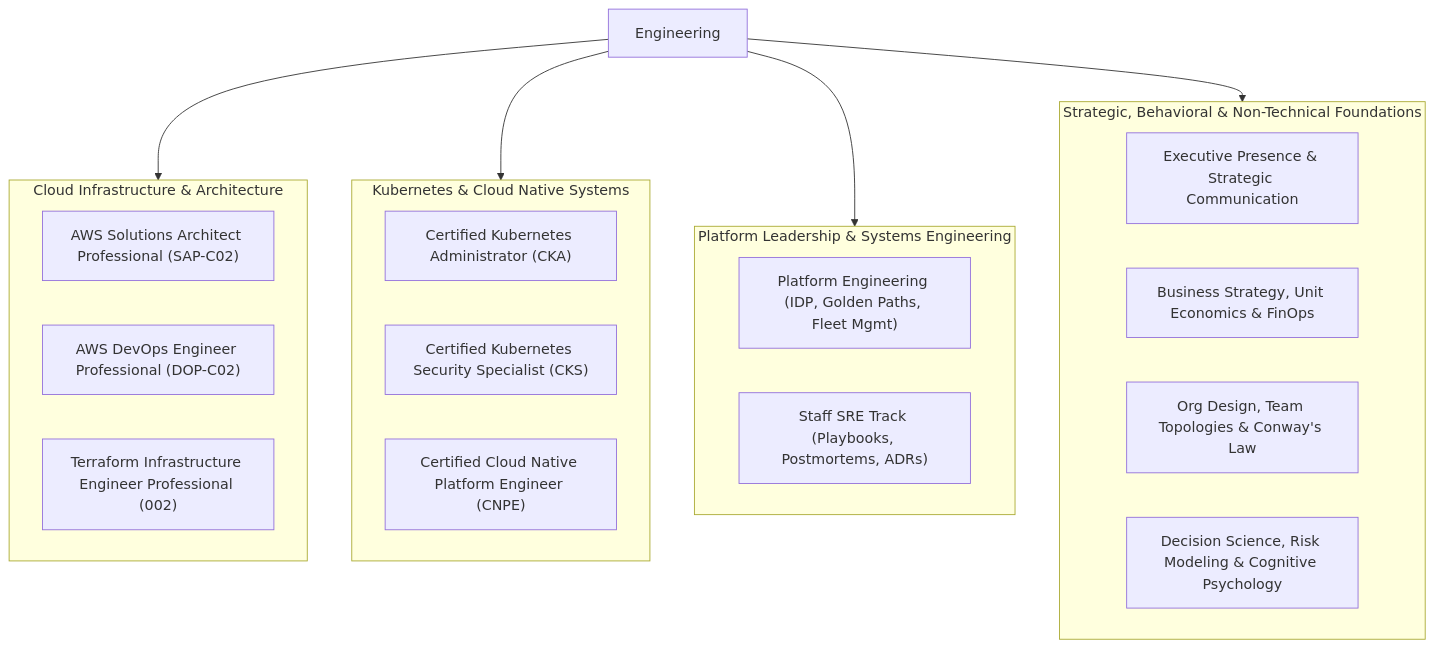
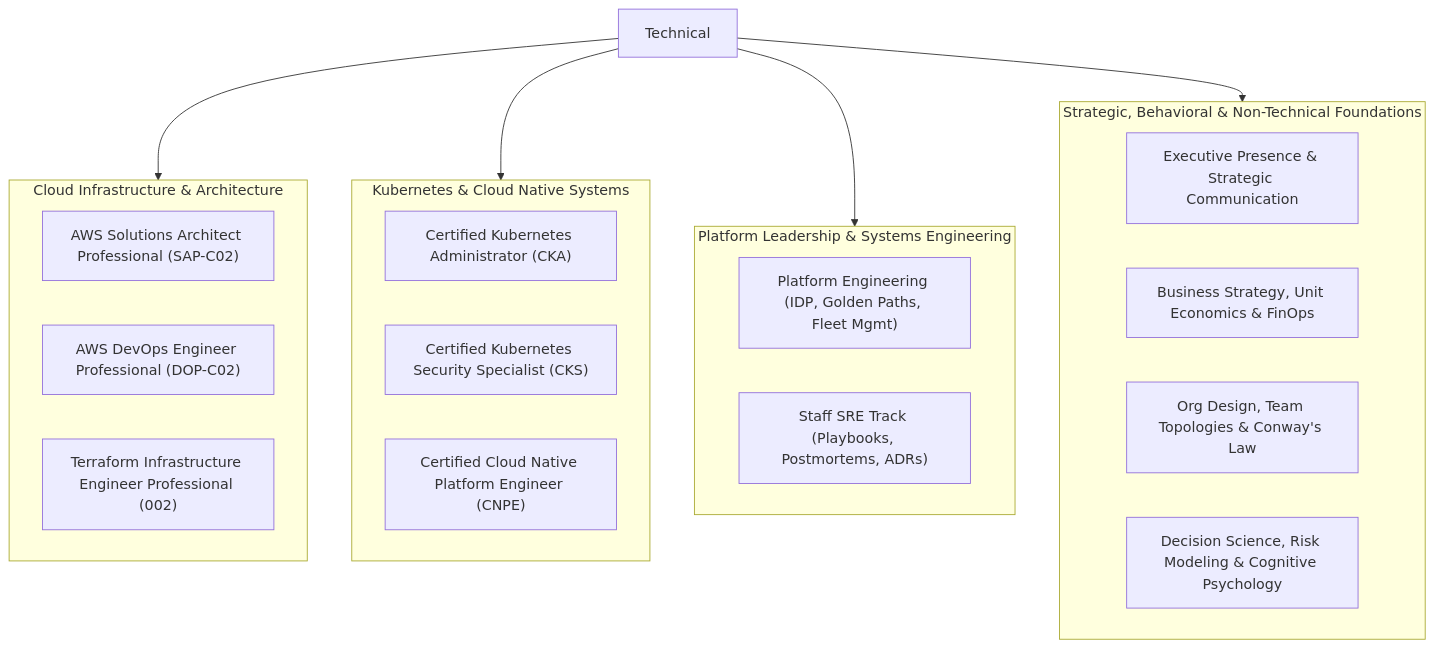
One commit to kendricklawton/technical changed the diagram in README.md. Above: the diagram before and after it, drawn with Mermaid. The commit also changed other lines of this file, not shown here.

Commit message:
docs: rename root title to Technical

````diff
--- a/README.md
+++ b/README.md
@@ -11,33 +11,33 @@
 ```mermaid
 flowchart TD
-    Hub["Engineering"]
+    Hub["Technical"]
     
     subgraph CloudInfra["Cloud Infrastructure & Architecture"]
         AWS_SA["AWS Solutions Architect Professional (SAP-C02)"]
         AWS_DO["AWS DevOps Engineer Professional (DOP-C02)"]
         TF_PRO["Terraform Infrastructure Engineer Professional (002)"]
     end
 
     subgraph K8sSecurity["Kubernetes & Cloud Native Systems"]
         CKA["Certified Kubernetes Administrator (CKA)"]
         CKS["Certified Kubernetes Security Specialist (CKS)"]
         CNPE["Certified Cloud Native Platform Engineer (CNPE)"]
     end
 
     subgraph StaffPlatform["Platform Leadership & Systems Engineering"]
         PE["Platform Engineering (IDP, Golden Paths, Fleet Mgmt)"]
         STAFF["Staff SRE Track (Playbooks, Postmortems, ADRs)"]
     end
 
     subgraph NonTechStrategic["Strategic, Behavioral & Non-Technical Foundations"]
         EXEC["Executive Presence & Strategic Communication"]
         BIZ["Business Strategy, Unit Economics & FinOps"]
         ORG["Org Design, Team Topologies & Conway's Law"]
         DECISION["Decision Science, Risk Modeling & Cognitive Psychology"]
     end
 
     Hub --> CloudInfra
     Hub --> K8sSecurity
     Hub --> StaffPlatform
     Hub --> NonTechStrategic
 ```
````
